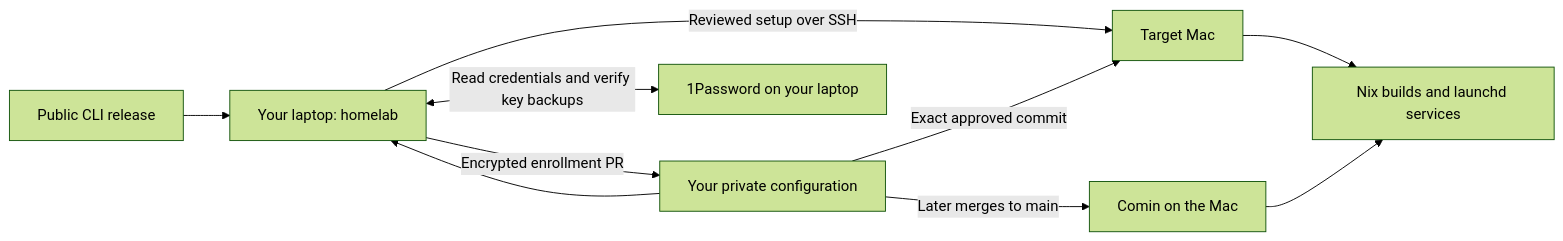
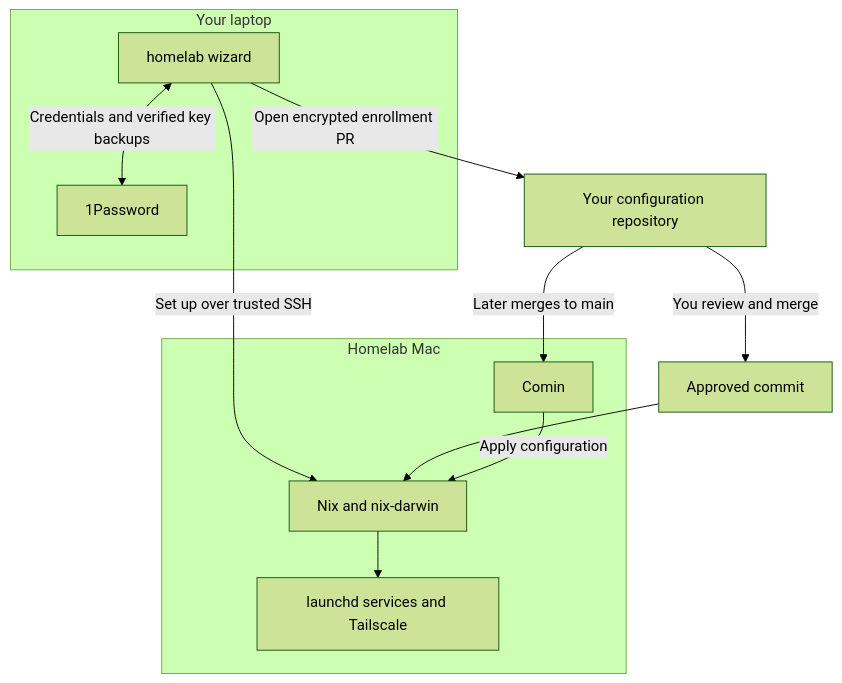
Before and after one commit to 0x63616c/world-wide-webb: the diagram in README.md, drawn with Mermaid (forest theme). The commit also changed other lines of this file and 3 other files, not shown here.

Commit message:
Introduce the project with setup flow, architecture and contributor guide

````diff
--- a/README.md
+++ b/README.md
@@ -35,12 +30,21 @@
 ```mermaid
-flowchart LR
-  Release[Public CLI release] --> Client[Your laptop: homelab]
-  Repo[Your private configuration] --> Client
-  Client <-->|Read credentials and verify key backups| Vault[1Password on your laptop]
-  Client -->|Encrypted enrollment PR| Repo
-  Client -->|Reviewed setup over SSH| Mac[Target Mac]
-  Repo -->|Exact approved commit| Mac
-  Mac --> Nix[Nix builds and launchd services]
-  Repo -->|Later merges to main| Updates[Comin on the Mac]
-  Updates --> Nix
+flowchart TD
+  subgraph Client[Your laptop]
+    CLI[homelab wizard]
+    Vault[1Password]
+    CLI <-->|Credentials and verified key backups| Vault
+  end
+  Git[Your configuration repository]
+  CLI -->|Open encrypted enrollment PR| Git
+  Git -->|You review and merge| Approved[Approved commit]
+  CLI -->|Set up over trusted SSH| Mac
+  Approved --> Mac
+  subgraph Target[Homelab Mac]
+    Mac[Nix and nix-darwin]
+    Services[launchd services and Tailscale]
+    Updates[Comin]
+    Mac --> Services
+    Updates -->|Apply configuration| Mac
+  end
+  Git -->|Later merges to main| Updates
 ```
````
